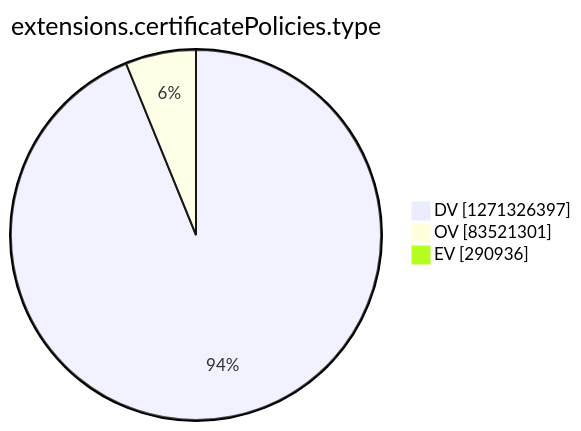
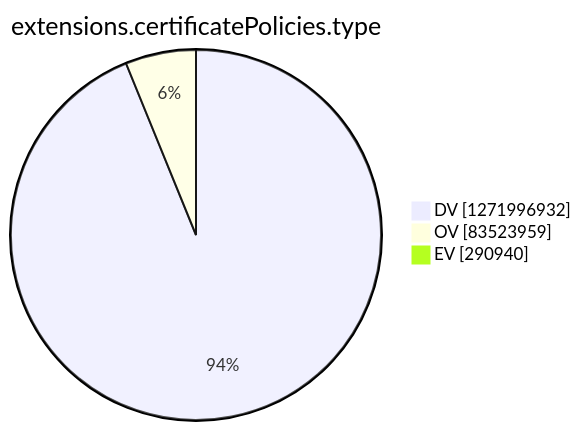
Before and after one commit to christiankrug/ctmonitor_visualization: the tenth of 15 diagrams in argon2022/README.md, drawn with Mermaid. The commit also changed other lines of this file, not shown here.

````diff
--- a/argon2022/README.md
+++ b/argon2022/README.md
@@ -2771,7 +2771,7 @@
 ```mermaid
 pie showData
 title extensions.certificatePolicies.type
-"DV" :1271326397
-"OV" :83521301
-"EV" :290936
+"DV" :1271996932
+"OV" :83523959
+"EV" :290940
 ```
````
